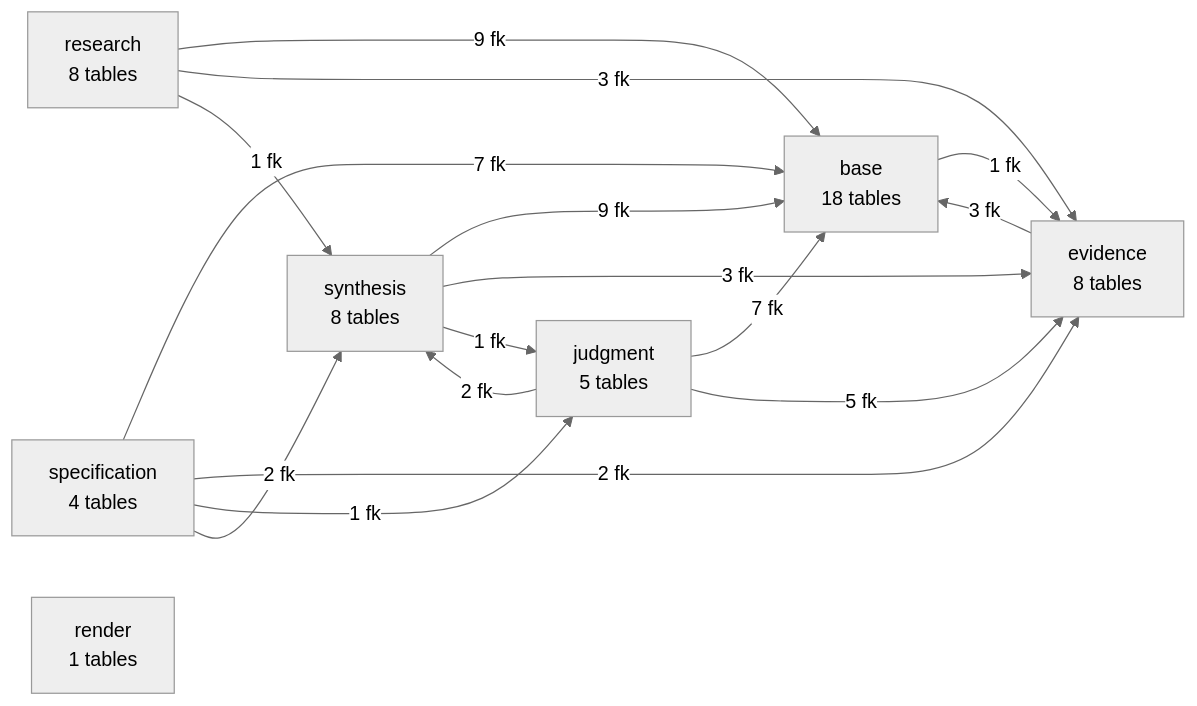
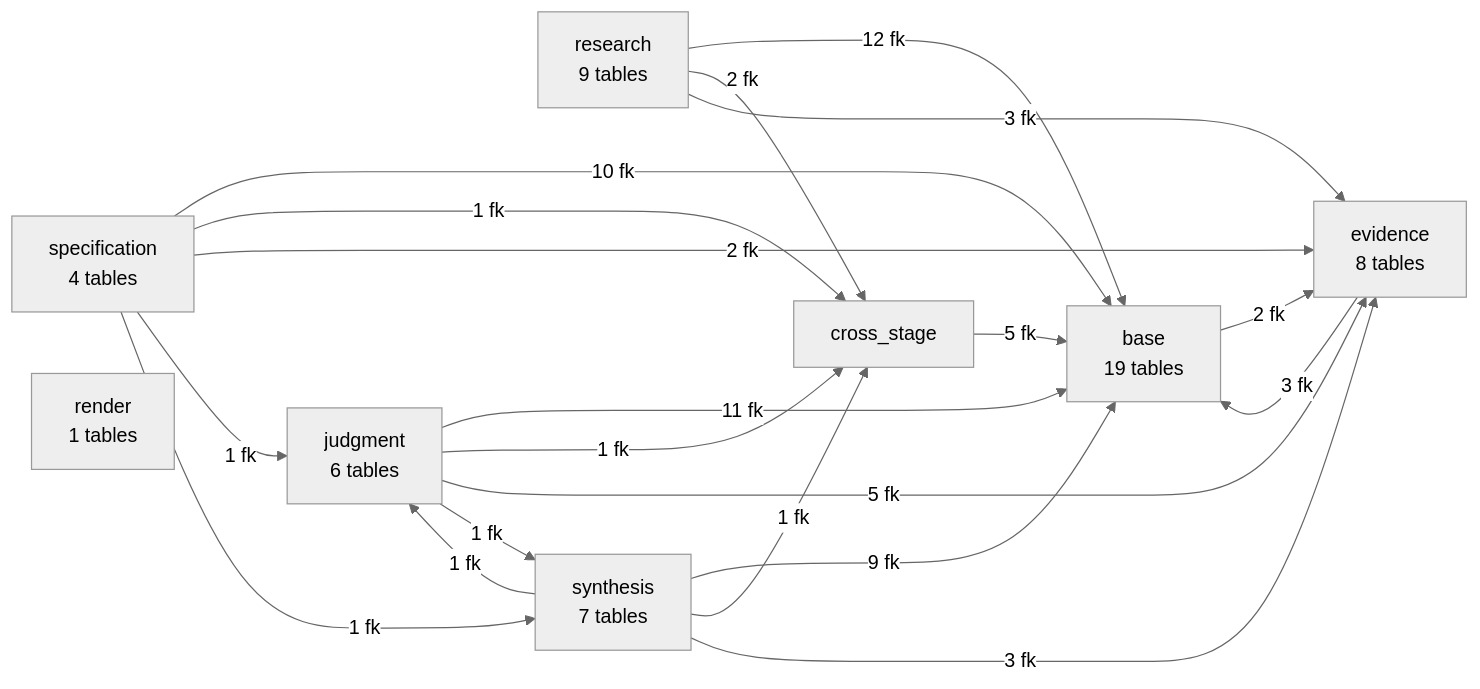
Before and after one commit to jordanelias/guidebook: the first of 10 diagrams in workplan/pipeline-state-graph/STATE-GRAPH.md, drawn with Mermaid (neutral theme). The commit also changed other lines of this file and 3 other files, not shown here.

First line of the commit message:
governance: regenerate pipeline state graph outputs at end of batch [2026-11-15 23:24]

````diff
--- a/workplan/pipeline-state-graph/STATE-GRAPH.md
+++ b/workplan/pipeline-state-graph/STATE-GRAPH.md
@@ -24,25 +25,29 @@
 ```mermaid
 flowchart LR
-  base["base\n18 tables"]
-  research["research\n8 tables"]
+  base["base\n19 tables"]
+  research["research\n9 tables"]
   evidence["evidence\n8 tables"]
-  judgment["judgment\n5 tables"]
-  synthesis["synthesis\n8 tables"]
+  judgment["judgment\n6 tables"]
+  synthesis["synthesis\n7 tables"]
   specification["specification\n4 tables"]
   render["render\n1 tables"]
-  base -->|1 fk| evidence
+  base -->|2 fk| evidence
+  cross_stage -->|5 fk| base
   evidence -->|3 fk| base
-  judgment -->|7 fk| base
+  judgment -->|11 fk| base
+  judgment -->|1 fk| cross_stage
   judgment -->|5 fk| evidence
-  judgment -->|2 fk| synthesis
-  research -->|9 fk| base
+  judgment -->|1 fk| synthesis
+  research -->|12 fk| base
+  research -->|2 fk| cross_stage
   research -->|3 fk| evidence
-  research -->|1 fk| synthesis
-  specification -->|7 fk| base
+  specification -->|10 fk| base
+  specification -->|1 fk| cross_stage
   specification -->|2 fk| evidence
   specification -->|1 fk| judgment
-  specification -->|2 fk| synthesis
+  specification -->|1 fk| synthesis
   synthesis -->|9 fk| base
+  synthesis -->|1 fk| cross_stage
   synthesis -->|3 fk| evidence
   synthesis -->|1 fk| judgment
 ```
````
